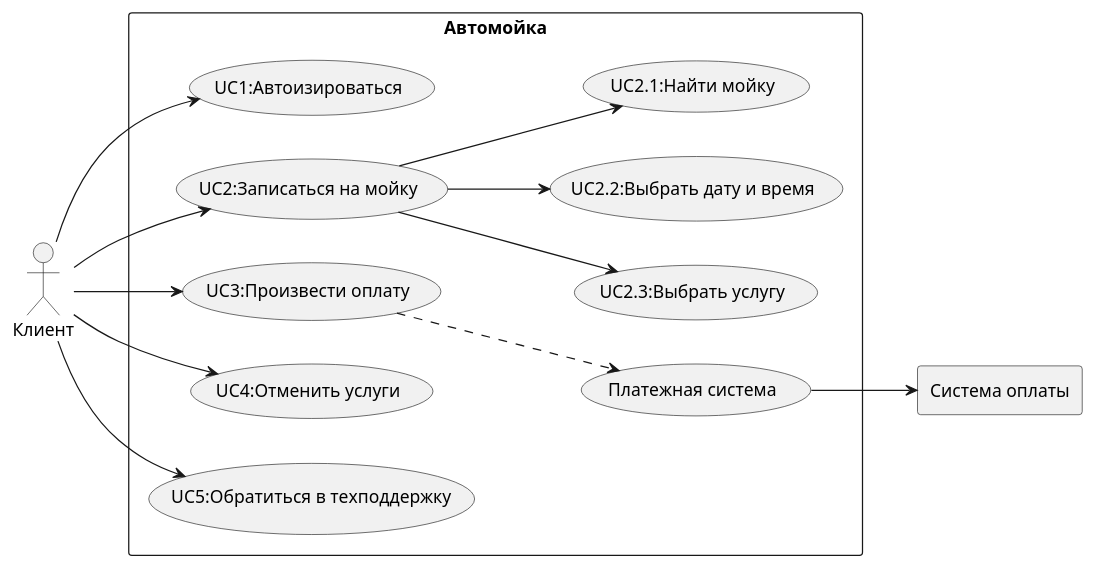
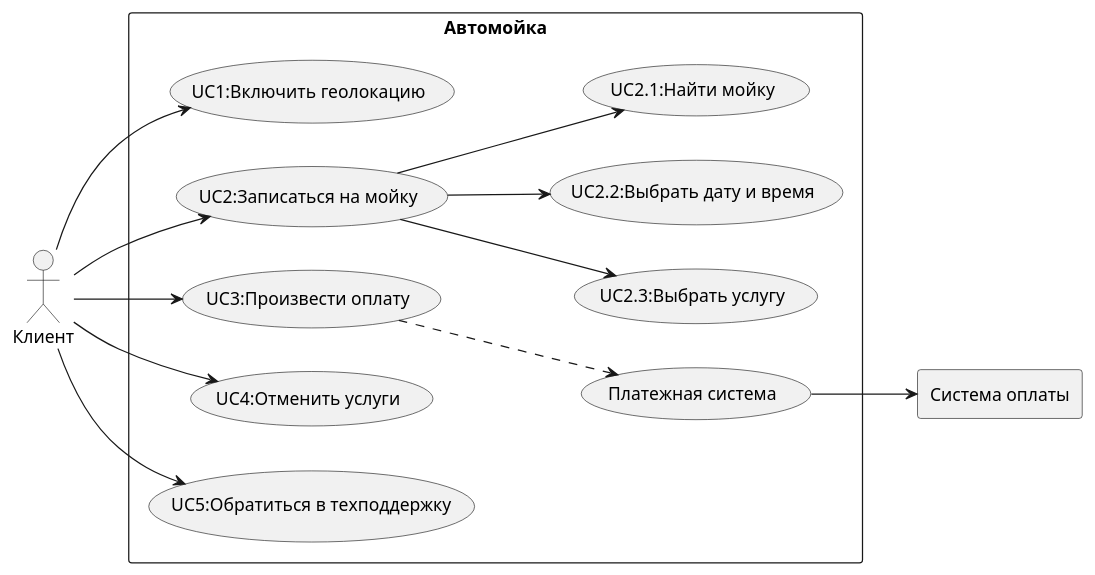
One commit to MaximOdichal/IIS2 changed the diagram in UserCase.md. Above: the diagram before and after it, drawn with PlantUML. The commit also changed other lines of this file, not shown here.

````diff
--- a/UserCase.md
+++ b/UserCase.md
@@ -31,29 +31,29 @@
 ```plantuml
 
 @startuml
     left to right direction
     actor "Клиент" as client
     rectangle "Система оплаты" as r1
     rectangle "Автомойка" {
-        usecase "UC1:Автоизироваться" as UC1
+        usecase "UC1:Включить геолокацию" as UC1
         usecase "UC2:Записаться на мойку" as UC2
         usecase "UC2.3:Выбрать услугу" as UC2.3
         usecase "UC2.2:Выбрать дату и время" as UC2.2
         usecase "UC2.1:Найти мойку" as UC2.1
         usecase "UC3:Произвести оплату" as UC3
         usecase "UC4:Отменить услуги" as UC4
         usecase "UC5:Обратиться в техподдержку" as UC5
         usecase "Платежная система" as US1
     }
       
     client --> UC1
     client --> UC2
     UC2 --> UC2.1
     UC2 --> UC2.2
     UC2 --> UC2.3
     client --> UC3
     client --> UC4
     client --> UC5
     UC3 ..> US1
     US1 --> r1
 ```
````
